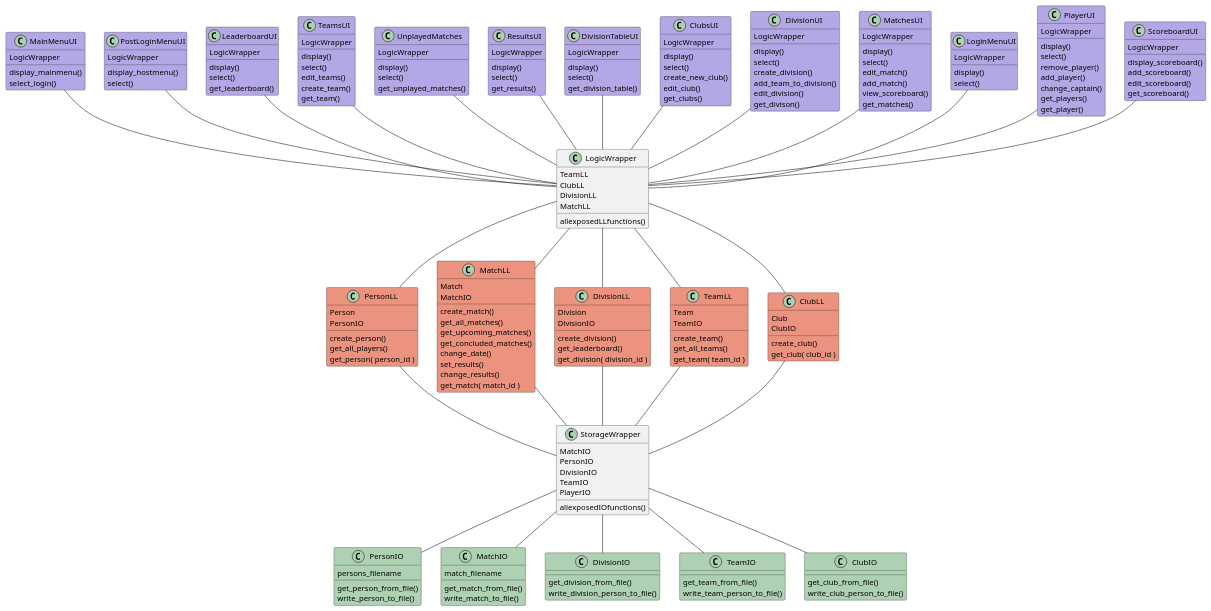
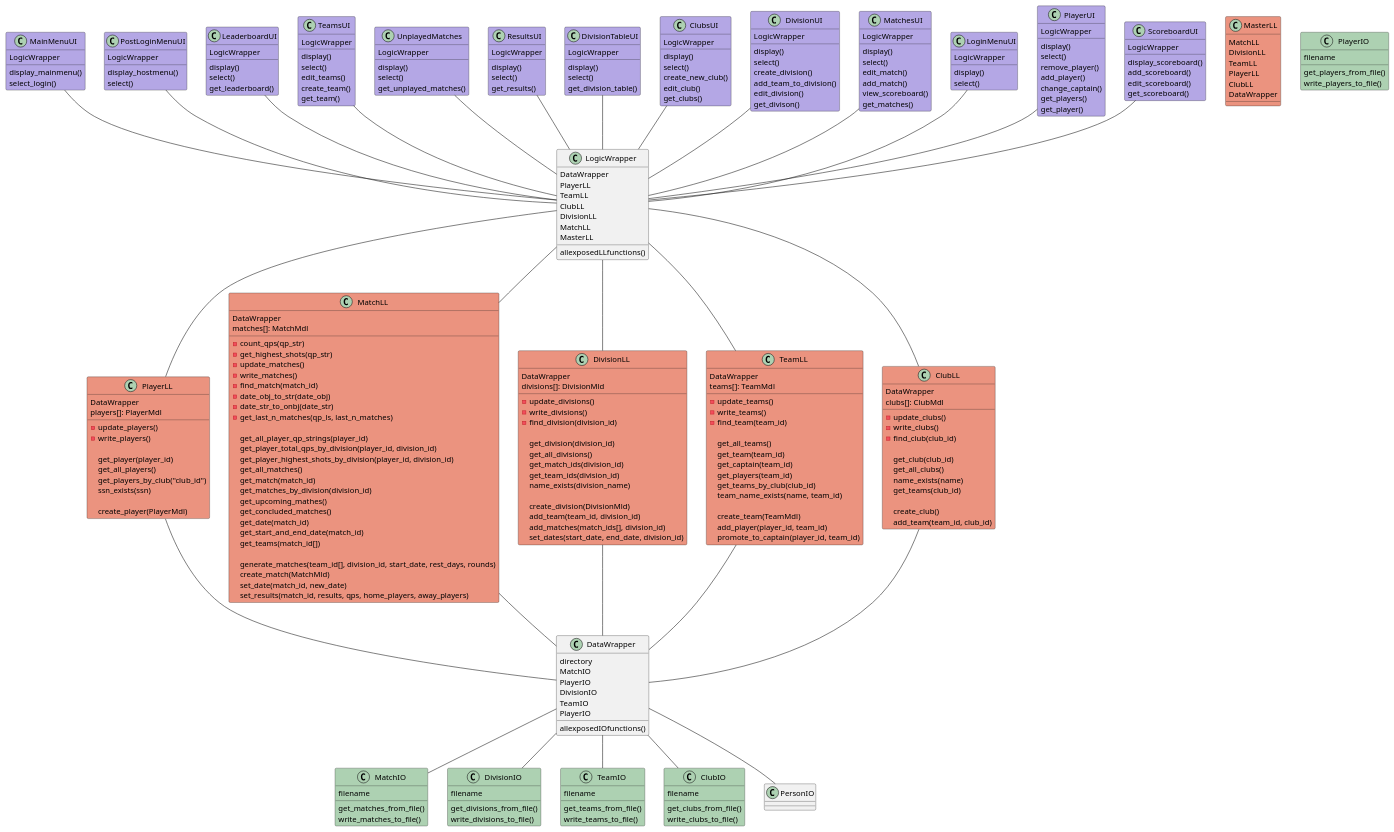
The diagram in Honnun/ClassDiagram/three_layer_diagram.puml (StankWizardLizard/VNL1-2022-HOPUR-28), drawn with PlantUML before and after one commit.

Commit message:
updates to 3 layer class diagram

```diff
--- a/Honnun/ClassDiagram/three_layer_diagram.puml
+++ b/Honnun/ClassDiagram/three_layer_diagram.puml
@@ -93,62 +93,131 @@
     get_scoreboard()
 }
 
-class PersonLL #EB937F{
-    Person
-    PersonIO
-    create_person()
+class PlayerLL #EB937F{
+    DataWrapper
+    players[]: PlayerMdl
+
+    -update_players()
+    -write_players()
+
+    get_player(player_id)
     get_all_players()
-    get_person( person_id )   
+    get_players_by_club("club_id")
+    ssn_exists(ssn)
+
+    create_player(PlayerMdl)
 }
 
 class MatchLL #EB937F{
-    Match
-    MatchIO
-    create_match()
+    DataWrapper
+    matches[]: MatchMdl
+
+    -count_qps(qp_str)
+    -get_highest_shots(qp_str)
+    -update_matches()
+    -write_matches()
+    -find_match(match_id)
+    -date_obj_to_str(date_obj)
+    -date_str_to_onbj(date_str)
+    -get_last_n_matches(qp_ls, last_n_matches)
+    
+    get_all_player_qp_strings(player_id)
+    get_player_total_qps_by_division(player_id, division_id)
+    get_player_highest_shots_by_division(player_id, division_id)
     get_all_matches()
-    get_upcoming_matches()
+    get_match(match_id)
+    get_matches_by_division(division_id)
+    get_upcoming_mathes()
     get_concluded_matches()
-    change_date()
-    set_results()
-    change_results()
-    get_match( match_id )   
+    get_date(match_id)
+    get_start_and_end_date(match_id)
+    get_teams(match_id[])
+
+    generate_matches(team_id[], division_id, start_date, rest_days, rounds)
+    create_match(MatchMld)
+    set_date(match_id, new_date)
+    set_results(match_id, results, qps, home_players, away_players)
 }
 
 class DivisionLL #EB937F {
-    Division
-    DivisionIO
-    create_division()
-    get_leaderboard()
-    get_division( division_id )
+    DataWrapper
+    divisions[]: DivisionMld
+    
+    -update_divisions()
+    -write_divisions()
+    -find_division(division_id)
+
+    get_division(division_id)
+    get_all_divisions()
+    get_match_ids(division_id)
+    get_team_ids(division_id)
+    name_exists(division_name)
+
+    create_division(DivisionMld)
+    add_team(team_id, division_id)
+    add_matches(match_ids[], division_id)
+    set_dates(start_date, end_date, division_id)
 }
 
 class TeamLL #EB937F{
-    Team
-    TeamIO
-    create_team()
+    DataWrapper
+    teams[]: TeamMdl
+
+    -update_teams()
+    -write_teams()
+    -find_team(team_id)
+
     get_all_teams()
-    get_team( team_id )
+    get_team(team_id)
+    get_captain(team_id)
+    get_players(team_id)
+    get_teams_by_club(club_id)
+    team_name_exists(name, team_id)
+
+    create_team(TeamMdl)
+    add_player(player_id, team_id)
+    promote_to_captain(player_id, team_id)
 }
 
 class ClubLL #EB937F {
-    Club
-    ClubIO
+    DataWrapper
+    clubs[]: ClubMdl
+
+    -update_clubs()
+    -write_clubs()
+    -find_club(club_id)
+
+    get_club(club_id)
+    get_all_clubs()
+    name_exists(name)
+    get_teams(club_id)
+
     create_club()
-    get_club( club_id )
+    add_team(team_id, club_id)
 }
-
+class MasterLL #EB937F {
+    MatchLL
+    DivisionLL
+    TeamLL
+    PlayerLL
+    ClubLL
+    DataWrapper
+}
 class LogicWrapper{
+    DataWrapper
+    PlayerLL
     TeamLL
     ClubLL
     DivisionLL
     MatchLL
+    MasterLL
     allexposedLLfunctions()
 }
 
 
 
 LogicWrapper -- TeamLL
-LogicWrapper -- PersonLL
+LogicWrapper -- PlayerLL
 LogicWrapper -- ClubLL
 LogicWrapper -- DivisionLL
 LogicWrapper -- MatchLL
@@ -169,55 +238,57 @@
 
 
 
-PersonLL -- StorageWrapper 
-TeamLL -- StorageWrapper 
-ClubLL -- StorageWrapper 
-DivisionLL -- StorageWrapper 
-MatchLL -- StorageWrapper 
+PlayerLL -- DataWrapper 
+TeamLL -- DataWrapper 
+ClubLL -- DataWrapper 
+DivisionLL -- DataWrapper 
+MatchLL -- DataWrapper 
 
 /'
-Storage layer
+Data layer
 '/
-class StorageWrapper{
+class DataWrapper{
+    directory
     MatchIO
-    PersonIO
+    PlayerIO
     DivisionIO
     TeamIO
     PlayerIO
     allexposedIOfunctions()
+}
+
+class PlayerIO #ADD1b2{
+    filename
+    get_players_from_file()
+    write_players_to_file()
+
+}
+class MatchIO #ADD1b2{
+    filename
+    get_matches_from_file()
+    write_matches_to_file()
+}
+class DivisionIO #ADD1b2{
+    filename
+    get_divisions_from_file()
+    write_divisions_to_file()
+}
+class TeamIO  #ADD1b2  {
+    filename
+    get_teams_from_file()
+    write_teams_to_file()
+}
+class ClubIO  #ADD1b2 {
+    filename
+    get_clubs_from_file()
+    write_clubs_to_file()
 
 }
 
-class PersonIO #ADD1b2{
-    persons_filename
-    get_person_from_file()
-    write_person_to_file()
-
-}
-class MatchIO #ADD1b2{
-    match_filename
-    get_match_from_file()
-    write_match_to_file()
-
-}
-class DivisionIO #ADD1b2{
-    get_division_from_file()
-    write_division_person_to_file()
-}
-class TeamIO  #ADD1b2  {
-    get_team_from_file()
-    write_team_person_to_file()
-}
-class ClubIO  #ADD1b2 {
-    get_club_from_file()
-    write_club_person_to_file()
-
-}
-
-StorageWrapper -- MatchIO
-StorageWrapper -- PersonIO
-StorageWrapper -- DivisionIO
-StorageWrapper -- TeamIO
-StorageWrapper -- ClubIO
+DataWrapper -- MatchIO
+DataWrapper -- PersonIO
+DataWrapper -- DivisionIO
+DataWrapper -- TeamIO
+DataWrapper -- ClubIO
 
 @enduml
```
